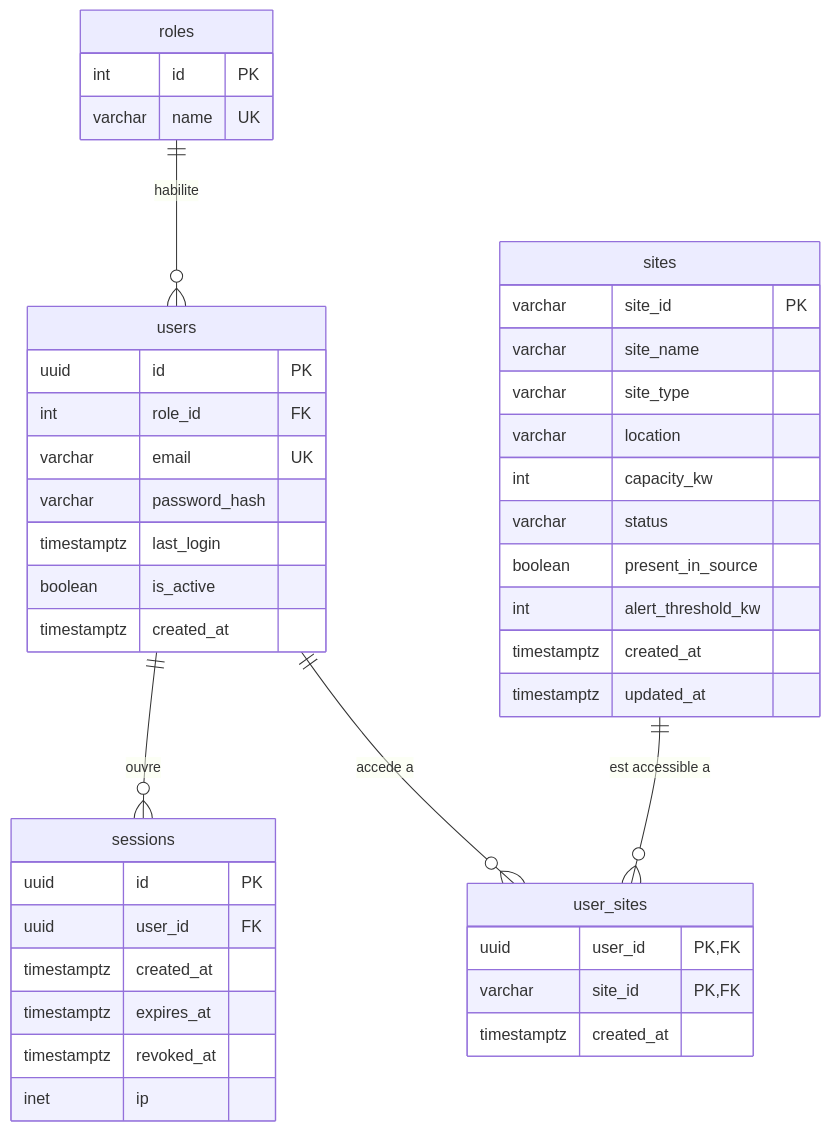
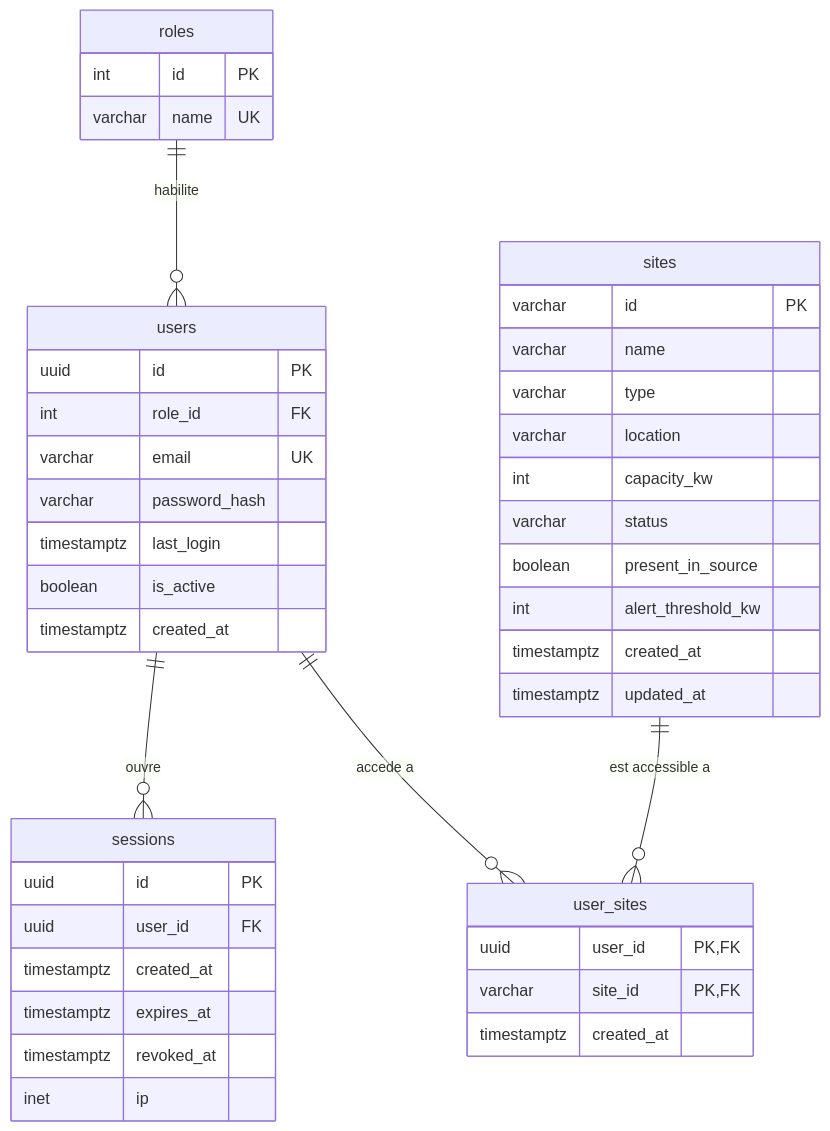
Before and after one commit to AlexRovere/smart-energy-optimizer: the diagram in docs/data.md, drawn with Mermaid. The commit also changed other lines of this file and 1 other file, not shown here.

First line of the commit message:
docs(data): le référentiel garde ses noms de colonnes, id, name et type

````diff
--- a/docs/data.md
+++ b/docs/data.md
@@ -306,46 +308,46 @@
 ```mermaid
 erDiagram
     roles ||--o{ users : "habilite"
     users ||--o{ sessions : "ouvre"
     users ||--o{ user_sites : "accede a"
     sites ||--o{ user_sites : "est accessible a"
 
     roles {
         int id PK
         varchar name UK
     }
     users {
         uuid id PK
         int role_id FK
         varchar email UK
         varchar password_hash
         timestamptz last_login
         boolean is_active
         timestamptz created_at
     }
     sessions {
         uuid id PK
         uuid user_id FK
         timestamptz created_at
         timestamptz expires_at
         timestamptz revoked_at
         inet ip
     }
     sites {
-        varchar site_id PK
-        varchar site_name
-        varchar site_type
+        varchar id PK
+        varchar name
+        varchar type
         varchar location
         int capacity_kw
         varchar status
         boolean present_in_source
         int alert_threshold_kw
         timestamptz created_at
         timestamptz updated_at
     }
     user_sites {
         uuid user_id PK,FK
         varchar site_id PK,FK
         timestamptz created_at
     }
 ```
````
